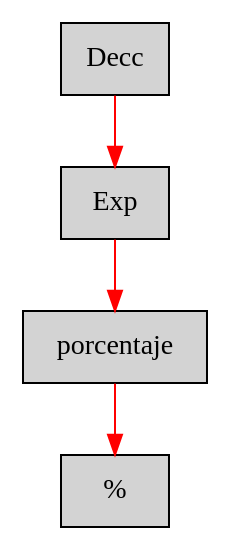
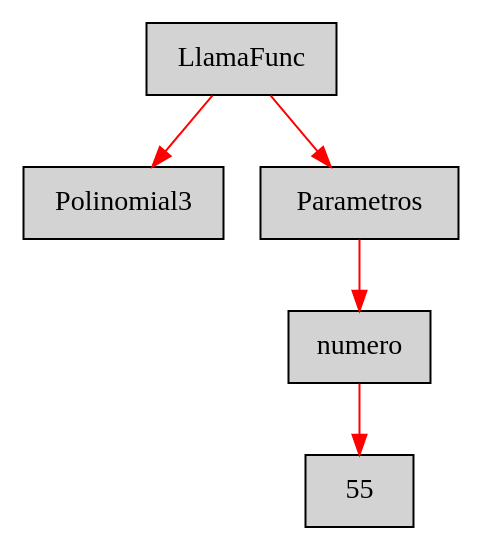
One commit to k12melissalima09sandoval/Proyecto changed the diagram in AstConsola.dot. Above: the diagram before and after it, drawn with Graphviz. The commit also changed 7 other files, not shown here.

```diff
--- a/AstConsola.dot
+++ b/AstConsola.dot
@@ -1,7 +1,8 @@
 digraph G {node[shape=box, style=filled]; edge[color=red]
-node2059126253[label="Decc"];
- node2059126253->node558353340;node558353340[label="Exp"];
- node558353340->node1494913153;node1494913153[label="porcentaje"];
- node1494913153->node1232902540;node1232902540[label="%"];
+node1649682954[label="LlamaFunc"];
+ node1649682954->node1715850258;node1715850258[label="Polinomial3"];
+ node1649682954->node619272279;node619272279[label="Parametros"];
+ node619272279->node1068287169;node1068287169[label="numero"];
+ node1068287169->node2095824196;node2095824196[label="55"];
 
 }
```
